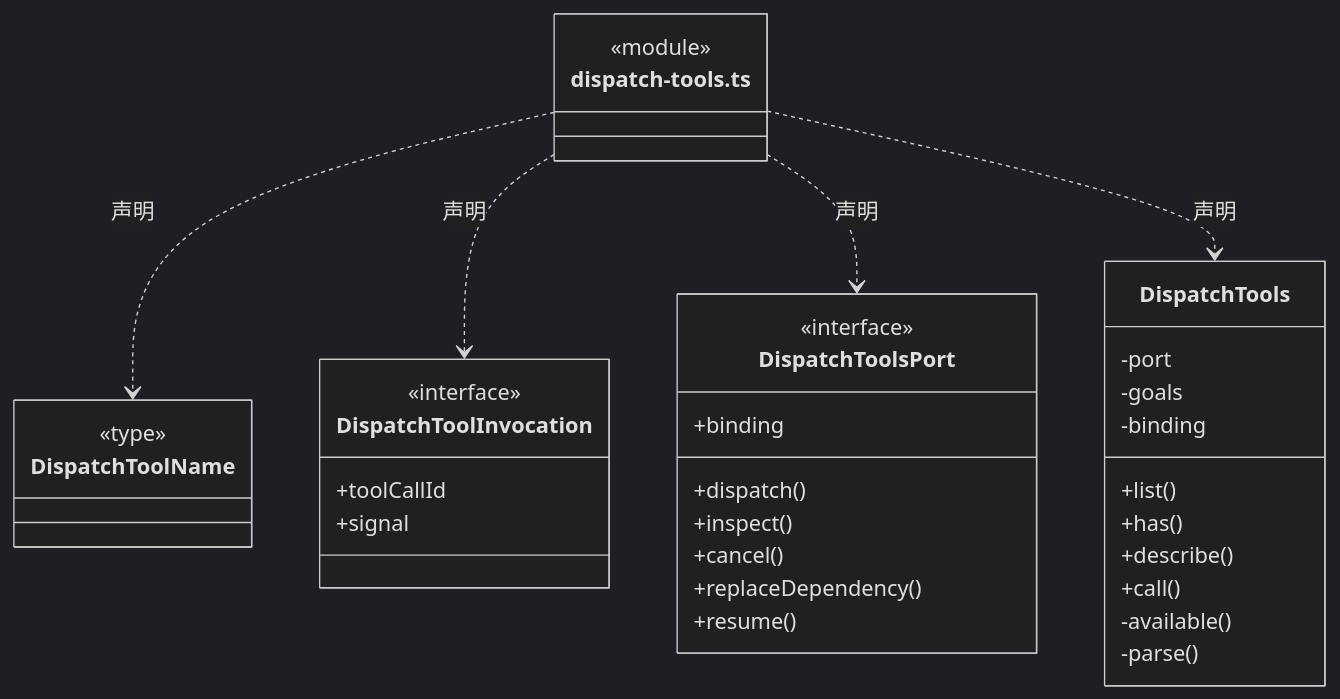
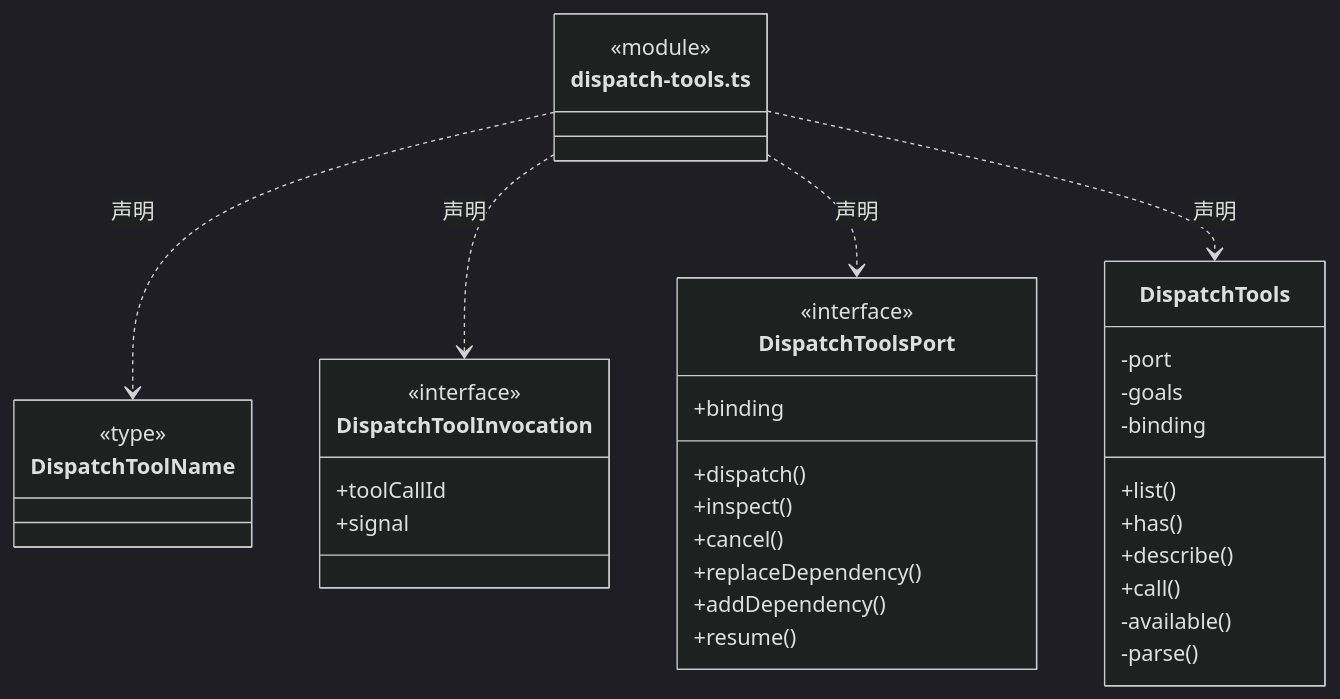
The first of 11 diagrams in src/backend/scheduler-engine/tools/ARCHITECTURE.md (nan023062/cbim), drawn with Mermaid (dark theme) before and after one commit. The commit also changed other lines of this file and 49 other files, not shown here.

````diff
--- a/src/backend/scheduler-engine/tools/ARCHITECTURE.md
+++ b/src/backend/scheduler-engine/tools/ARCHITECTURE.md
@@ -26,39 +26,40 @@
 ```mermaid
 classDiagram
 class N_src_backend_scheduler_engine_tools_dispatch_tools_ts["dispatch-tools.ts"] {
   <<module>>
 }
 class N_src_backend_scheduler_engine_tools_dispatch_tools_ts_DispatchToolName["DispatchToolName"] {
   <<type>>
 
 }
 N_src_backend_scheduler_engine_tools_dispatch_tools_ts ..> N_src_backend_scheduler_engine_tools_dispatch_tools_ts_DispatchToolName : 声明
 class N_src_backend_scheduler_engine_tools_dispatch_tools_ts_DispatchToolInvocation["DispatchToolInvocation"] {
   <<interface>>
   +toolCallId
   +signal
 }
 N_src_backend_scheduler_engine_tools_dispatch_tools_ts ..> N_src_backend_scheduler_engine_tools_dispatch_tools_ts_DispatchToolInvocation : 声明
 class N_src_backend_scheduler_engine_tools_dispatch_tools_ts_DispatchToolsPort["DispatchToolsPort"] {
   <<interface>>
   +binding
   +dispatch()
   +inspect()
   +cancel()
   +replaceDependency()
+  +addDependency()
   +resume()
 }
 N_src_backend_scheduler_engine_tools_dispatch_tools_ts ..> N_src_backend_scheduler_engine_tools_dispatch_tools_ts_DispatchToolsPort : 声明
 class N_src_backend_scheduler_engine_tools_dispatch_tools_ts_DispatchTools["DispatchTools"] {
   +list()
   +has()
   +describe()
   +call()
   -port
   -goals
   -binding
   -available()
   -parse()
 }
 N_src_backend_scheduler_engine_tools_dispatch_tools_ts ..> N_src_backend_scheduler_engine_tools_dispatch_tools_ts_DispatchTools : 声明
 ```
````
